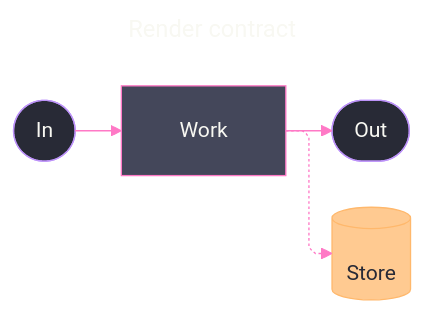
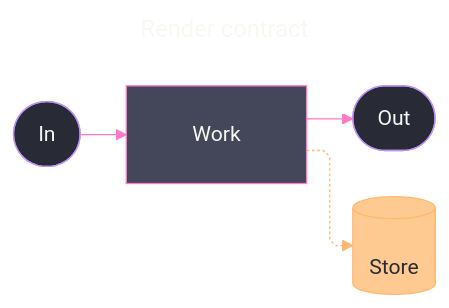
The first of 2 diagrams in .claude/skills/mermaid-diagramming/references/config.md (bsamiee/Rasm), drawn with Mermaid before and after one commit. The commit also changed other lines of this file and 56 other files, not shown here.

````diff
--- a/.claude/skills/mermaid-diagramming/references/config.md
+++ b/.claude/skills/mermaid-diagramming/references/config.md
@@ -9,43 +9,43 @@
 ```mermaid
 ---
 title: Render contract
 config:
   theme: base
   look: classic
   layout: elk
   htmlLabels: true
   markdownAutoWrap: false
   deterministicIds: true
   elk:
-    mergeEdges: true
     nodePlacementStrategy: NETWORK_SIMPLEX
     considerModelOrder: NODES_AND_EDGES
   flowchart:
     curve: linear
     defaultRenderer: elk
-    padding: 22
+    padding: 25
   themeVariables:
     darkMode: true
     fontFamily: "SF Mono, Menlo, Cascadia Mono, Segoe UI Mono, Consolas, monospace"
     useGradient: false
     dropShadow: "none"
     mainBkg: "#44475A"
     nodeBorder: "#BD93F9"
     lineColor: "#FF79C6"
     textColor: "#F8F8F2"
     edgeLabelBackground: "#21222C"
     labelBackgroundColor: "#21222C"
-  themeCSS: ".nodeLabel{font-size:13px;font-weight:500}.edgeLabel{font-size:12px;font-weight:500}.edge-thickness-normal{stroke-width:2px}.edge-thickness-thick{stroke-width:3px}.edge-pattern-dashed,.edge-pattern-dotted{stroke-width:1.5px;stroke-dasharray:4 6}.node rect,.node circle,.node polygon,.node path,.node .outer-path{stroke-width:1.5px;filter:none!important}.marker path,.marker circle{transform:scale(.8);transform-origin:5px 5px}.edgeLabel rect{transform-box:fill-box;transform-origin:center;transform:scale(1.1,1.2)}"
+  themeCSS: ".nodeLabel{font-size:13px;font-weight:500}.edgeLabel{font-size:12px;font-weight:500}.edge-thickness-normal{stroke-width:2px}.edge-thickness-thick{stroke-width:3px}.edge-pattern-dashed,.edge-pattern-dotted{stroke-width:1.5px;stroke-dasharray:4 6}.node rect,.node circle,.node polygon,.node path,.node .outer-path{stroke-width:1.5px;filter:none!important}.marker path{transform:scale(.8);transform-origin:5px 5px}.marker circle{transform:scale(.48);transform-origin:5px 5px}.edgeLabel rect{transform-box:fill-box;transform-origin:center;transform:scale(1.1,1.2)}"
 ---
 flowchart LR
   accTitle: Frontmatter contract demo
   accDescr: A three-stage flow with a dotted store trace, its whole render contract carried in fence frontmatter.
   In([In]) --> Work[Work] --> Out([Out])
   Work -.-> Store[(Store)]
+  linkStyle 2 stroke:#FFB86C,color:#F8F8F2
   classDef primary fill:#44475A,stroke:#FF79C6,color:#F8F8F2
   classDef boundary fill:#282A36,stroke:#BD93F9,color:#F8F8F2
   classDef data fill:#FFB86CBF,stroke:#FFB86C,color:#282A36
   class Work primary
   class In,Out boundary
   class Store data
 ```
````
